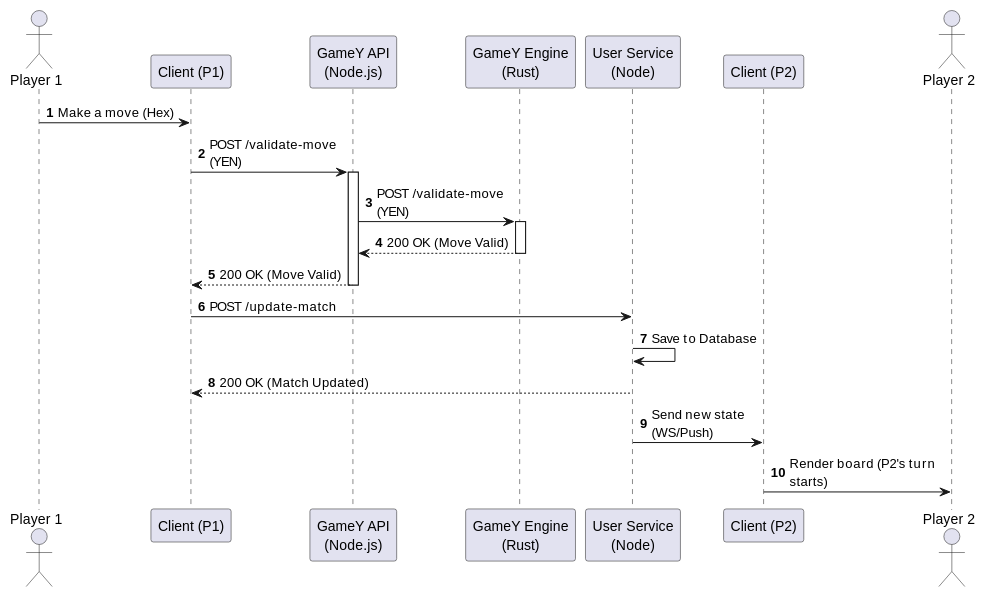
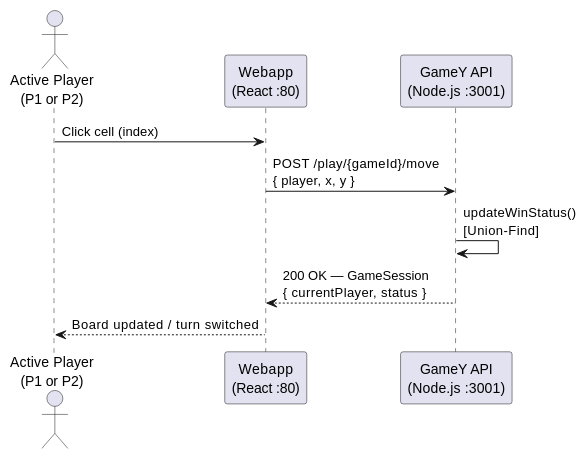
The second of 5 diagrams in docs/src/06_runtime_view.adoc (Arquisoft/yovi_en1a), drawn with PlantUML before and after one commit. The commit also changed other lines of this file and 1 other file, not shown here.

```diff
--- a/docs/src/06_runtime_view.adoc
+++ b/docs/src/06_runtime_view.adoc
@@ -45,35 +32,14 @@
 [plantuml, target="human-vs-human", format="png"]
 ----
 @startuml
-autonumber
-skinparam maxMessageSize 150
+actor "Active Player\n(P1 or P2)" as Player
+participant "Webapp\n(React :80)" as Webapp
+participant "GameY API\n(Node.js :3001)" as API
 
-actor "Player 1" as P1
-participant "Client (P1)" as UI1
-participant "GameY API\n(Node.js)" as API
-participant "GameY Engine\n(Rust)" as Rust
-participant "User Service\n(Node)" as Node
-participant "Client (P2)" as UI2
-actor "Player 2" as P2
-
-
-P1 -> UI1 : Make a move (Hex)
-UI1 -> API : POST /validate-move (YEN)
-activate API
-API -> Rust : POST /validate-move (YEN)
-activate Rust
-Rust --> API : 200 OK (Move Valid)
-deactivate Rust
-API --> UI1 : 200 OK (Move Valid)
-deactivate API
-
-
-UI1 -> Node : POST /update-match
-Node -> Node : Save to Database
-Node --> UI1 : 200 OK (Match Updated)
-
-Node -> UI2 : Send new state (WS/Push)
-UI2 -> P2 : Render board (P2's turn starts)
-
+Player -> Webapp : Click cell (index)
+Webapp -> API : POST /play/{gameId}/move\n{ player, x, y }
+API -> API : updateWinStatus()\n[Union-Find]
+API --> Webapp : 200 OK — GameSession\n{ currentPlayer, status }
+Webapp --> Player : Board updated / turn switched
 @enduml
 ----
```
